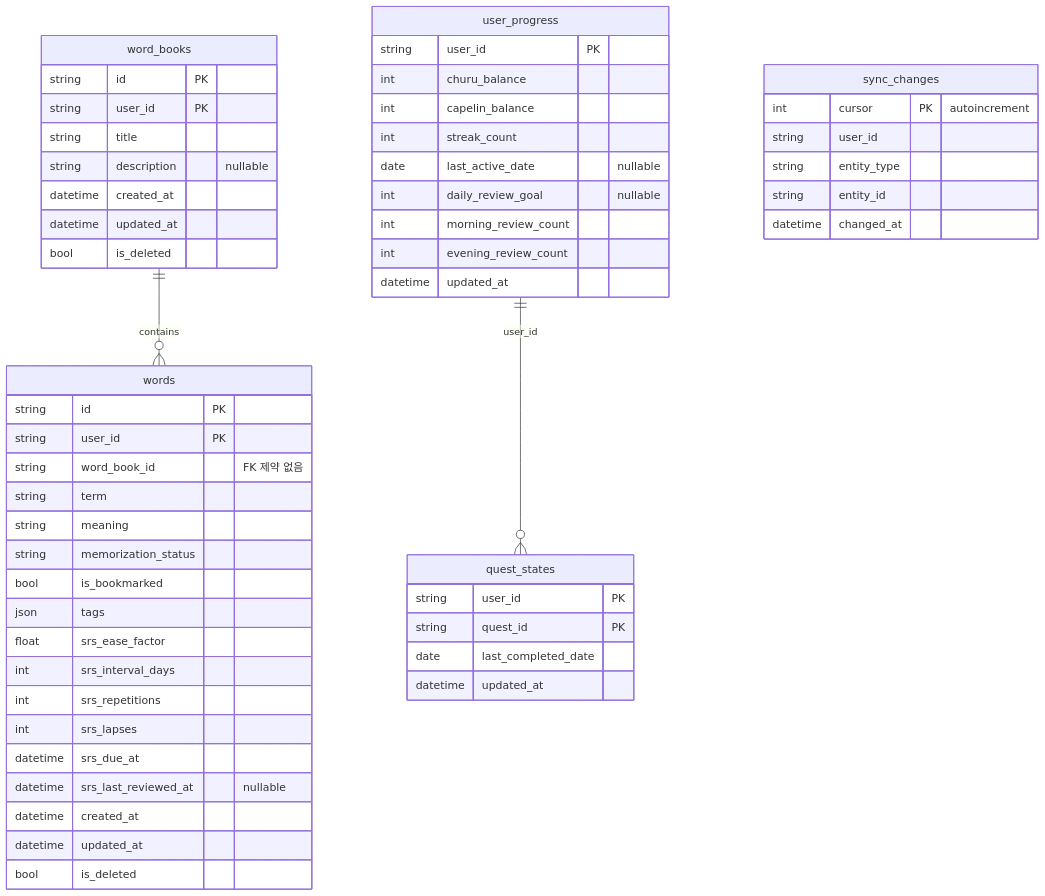
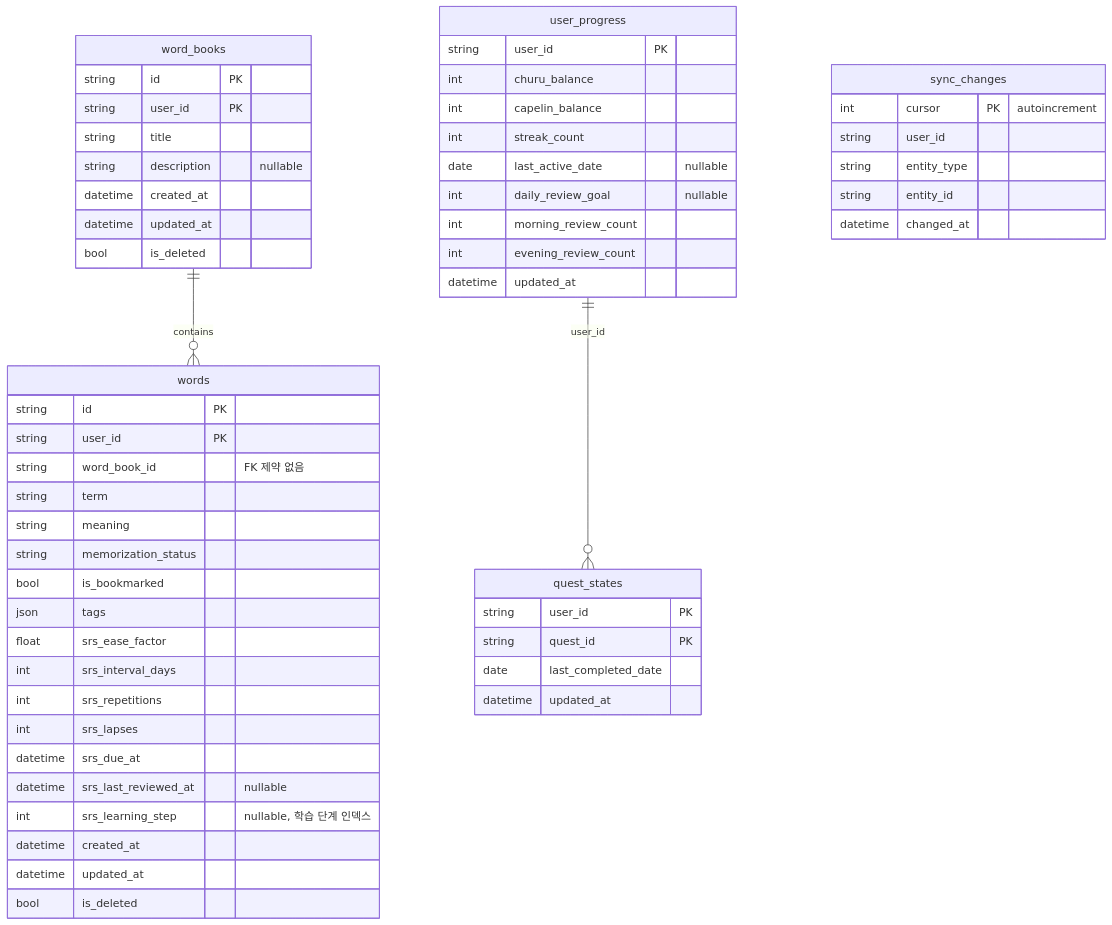
One commit to novvvv/nyaki changed the second of 2 diagrams in docs/ARCHITECTURE.md. Above: the diagram before and after it, drawn with Mermaid. The commit also changed other lines of this file and 4 other files, not shown here.

````diff
--- a/docs/ARCHITECTURE.md
+++ b/docs/ARCHITECTURE.md
@@ -210,57 +210,58 @@
 ```mermaid
 erDiagram
   word_books ||--o{ words : contains
   user_progress ||--o{ quest_states : "user_id"
   word_books {
     string id PK
     string user_id PK
     string title
     string description "nullable"
     datetime created_at
     datetime updated_at
     bool is_deleted
   }
   words {
     string id PK
     string user_id PK
     string word_book_id "FK 제약 없음"
     string term
     string meaning
     string memorization_status
     bool is_bookmarked
     json tags
     float srs_ease_factor
     int srs_interval_days
     int srs_repetitions
     int srs_lapses
     datetime srs_due_at
     datetime srs_last_reviewed_at "nullable"
+    int srs_learning_step "nullable, 학습 단계 인덱스"
     datetime created_at
     datetime updated_at
     bool is_deleted
   }
   sync_changes {
     int cursor PK "autoincrement"
     string user_id
     string entity_type
     string entity_id
     datetime changed_at
   }
   user_progress {
     string user_id PK
     int churu_balance
     int capelin_balance
     int streak_count
     date last_active_date "nullable"
     int daily_review_goal "nullable"
     int morning_review_count
     int evening_review_count
     datetime updated_at
   }
   quest_states {
     string user_id PK
     string quest_id PK
     date last_completed_date
     datetime updated_at
   }
 ```
````
